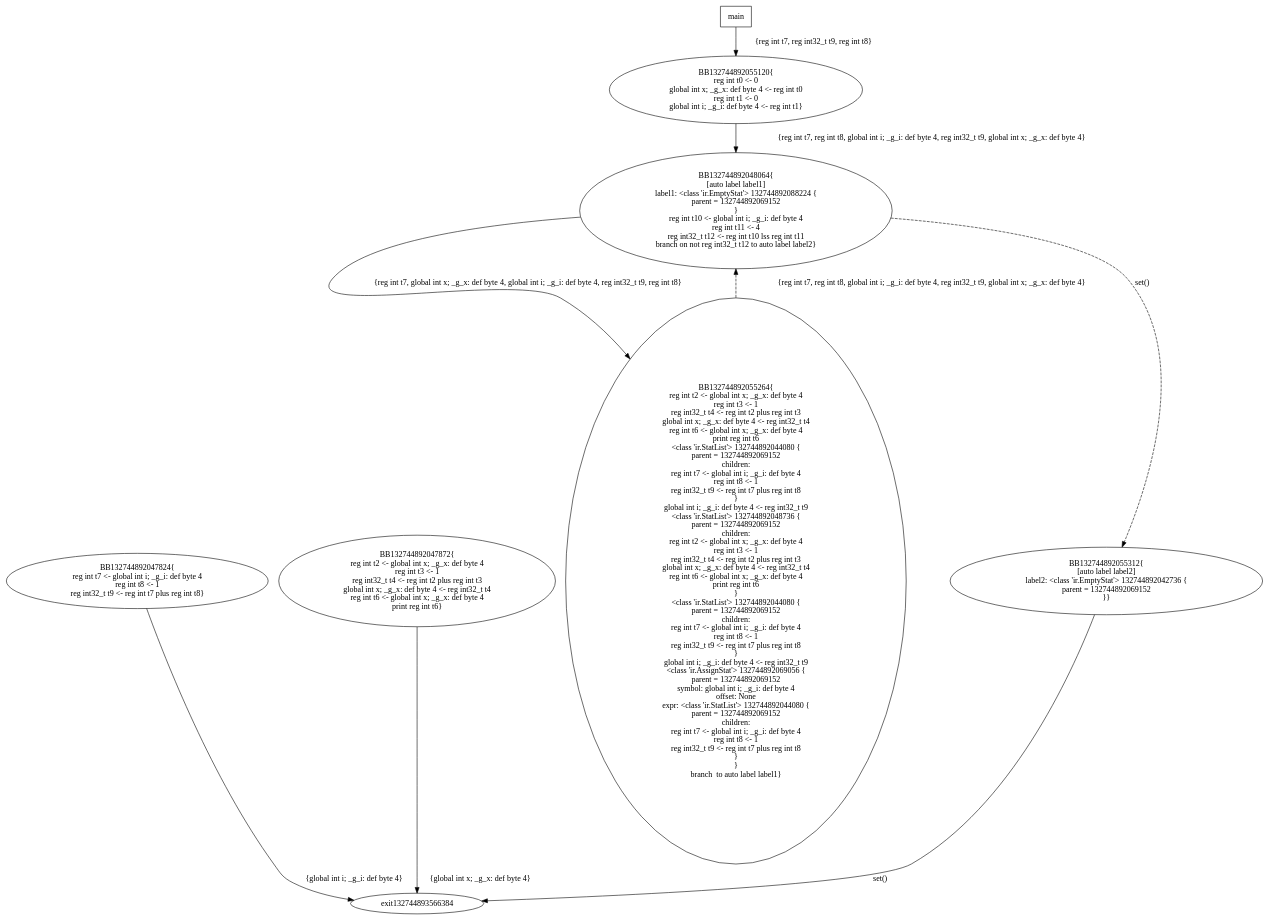
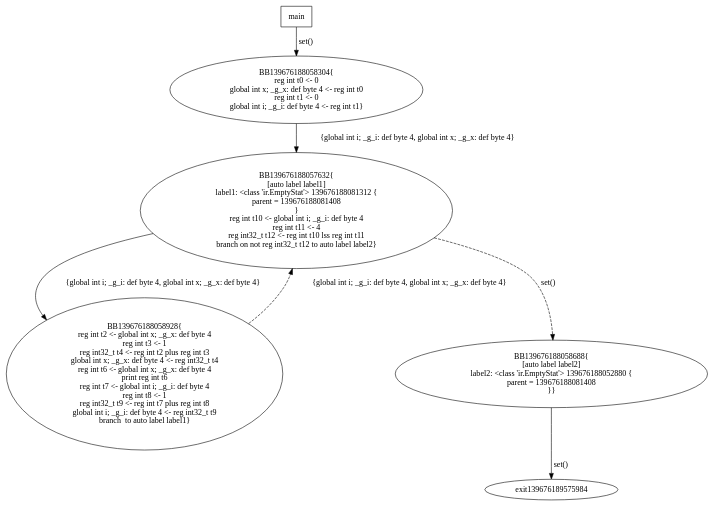
Before and after one commit to StefanoBordeianu/COT-Lab: the diagram in cfg.dot, drawn with Graphviz. The commit also changed 16 other files, not shown here.

```diff
--- a/cfg.dot
+++ b/cfg.dot
@@ -1,53 +1,17 @@
 digraph G {
-132744892047824 [label="BB132744892047824{\nreg int t7 <- global int i; _g_i: def byte 4\nreg int t8 <- 1\nreg int32_t t9 <- reg int t7 plus reg int t8}"];
-132744892047824 -> exit132744893566384 [label="{global int i; _g_i: def byte 4}"];
-132744892047872 [label="BB132744892047872{\nreg int t2 <- global int x; _g_x: def byte 4\nreg int t3 <- 1\nreg int32_t t4 <- reg int t2 plus reg int t3\nglobal int x; _g_x: def byte 4 <- reg int32_t t4\nreg int t6 <- global int x; _g_x: def byte 4\nprint reg int t6}"];
-132744892047872 -> exit132744893566384 [label="{global int x; _g_x: def byte 4}"];
-132744892055120 [label="BB132744892055120{\nreg int t0 <- 0\nglobal int x; _g_x: def byte 4 <- reg int t0\nreg int t1 <- 0\nglobal int i; _g_i: def byte 4 <- reg int t1}"];
-132744892055120 -> 132744892048064 [label="{reg int t7, reg int t8, global int i; _g_i: def byte 4, reg int32_t t9, global int x; _g_x: def byte 4}"];
-132744892048064 [label="BB132744892048064{\n[auto label label1]\nlabel1: <class 'ir.EmptyStat'> 132744892088224 {
-parent = 132744892069152
+139676188058304 [label="BB139676188058304{\nreg int t0 <- 0\nglobal int x; _g_x: def byte 4 <- reg int t0\nreg int t1 <- 0\nglobal int i; _g_i: def byte 4 <- reg int t1}"];
+139676188058304 -> 139676188057632 [label="{global int i; _g_i: def byte 4, global int x; _g_x: def byte 4}"];
+139676188057632 [label="BB139676188057632{\n[auto label label1]\nlabel1: <class 'ir.EmptyStat'> 139676188081312 {
+parent = 139676188081408
 }\nreg int t10 <- global int i; _g_i: def byte 4\nreg int t11 <- 4\nreg int32_t t12 <- reg int t10 lss reg int t11\nbranch on not reg int32_t t12 to auto label label2}"];
-132744892048064 -> 132744892055264 [label="{reg int t7, global int x; _g_x: def byte 4, global int i; _g_i: def byte 4, reg int32_t t9, reg int t8}"];
-132744892048064 -> 132744892055312 [style=dashed,label="set()"];
-132744892055264 [label="BB132744892055264{\nreg int t2 <- global int x; _g_x: def byte 4\nreg int t3 <- 1\nreg int32_t t4 <- reg int t2 plus reg int t3\nglobal int x; _g_x: def byte 4 <- reg int32_t t4\nreg int t6 <- global int x; _g_x: def byte 4\nprint reg int t6\n<class 'ir.StatList'> 132744892044080 {
-parent = 132744892069152
-	children:
-	reg int t7 <- global int i; _g_i: def byte 4
-	reg int t8 <- 1
-	reg int32_t t9 <- reg int t7 plus reg int t8
-}\nglobal int i; _g_i: def byte 4 <- reg int32_t t9\n<class 'ir.StatList'> 132744892048736 {
-parent = 132744892069152
-	children:
-	reg int t2 <- global int x; _g_x: def byte 4
-	reg int t3 <- 1
-	reg int32_t t4 <- reg int t2 plus reg int t3
-	global int x; _g_x: def byte 4 <- reg int32_t t4
-	reg int t6 <- global int x; _g_x: def byte 4
-	print reg int t6
-}\n<class 'ir.StatList'> 132744892044080 {
-parent = 132744892069152
-	children:
-	reg int t7 <- global int i; _g_i: def byte 4
-	reg int t8 <- 1
-	reg int32_t t9 <- reg int t7 plus reg int t8
-}\nglobal int i; _g_i: def byte 4 <- reg int32_t t9\n<class 'ir.AssignStat'> 132744892069056 {
-parent = 132744892069152
-	symbol: 	global int i; _g_i: def byte 4
-	offset: 	None
-	expr: 	<class 'ir.StatList'> 132744892044080 {
-	parent = 132744892069152
-		children:
-		reg int t7 <- global int i; _g_i: def byte 4
-		reg int t8 <- 1
-		reg int32_t t9 <- reg int t7 plus reg int t8
-	}
-}\nbranch  to auto label label1}"];
-132744892055264 -> 132744892048064 [style=dashed,label="{reg int t7, reg int t8, global int i; _g_i: def byte 4, reg int32_t t9, global int x; _g_x: def byte 4}"];
-132744892055312 [label="BB132744892055312{\n[auto label label2]\nlabel2: <class 'ir.EmptyStat'> 132744892042736 {
-parent = 132744892069152
+139676188057632 -> 139676188058928 [label="{global int i; _g_i: def byte 4, global int x; _g_x: def byte 4}"];
+139676188057632 -> 139676188058688 [style=dashed,label="set()"];
+139676188058928 [label="BB139676188058928{\nreg int t2 <- global int x; _g_x: def byte 4\nreg int t3 <- 1\nreg int32_t t4 <- reg int t2 plus reg int t3\nglobal int x; _g_x: def byte 4 <- reg int32_t t4\nreg int t6 <- global int x; _g_x: def byte 4\nprint reg int t6\nreg int t7 <- global int i; _g_i: def byte 4\nreg int t8 <- 1\nreg int32_t t9 <- reg int t7 plus reg int t8\nglobal int i; _g_i: def byte 4 <- reg int32_t t9\nbranch  to auto label label1}"];
+139676188058928 -> 139676188057632 [style=dashed,label="{global int i; _g_i: def byte 4, global int x; _g_x: def byte 4}"];
+139676188058688 [label="BB139676188058688{\n[auto label label2]\nlabel2: <class 'ir.EmptyStat'> 139676188052880 {
+parent = 139676188081408
 }}"];
-132744892055312 -> exit132744893566384 [label="set()"];
+139676188058688 -> exit139676189575984 [label="set()"];
 main [shape=box];
-main -> 132744892055120 [label="{reg int t7, reg int32_t t9, reg int t8}"];
+main -> 139676188058304 [label="set()"];
 }
```
